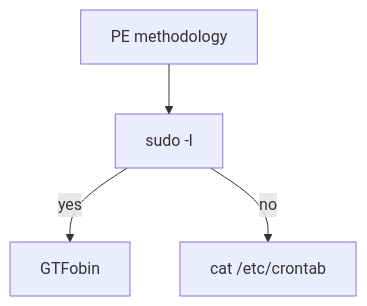
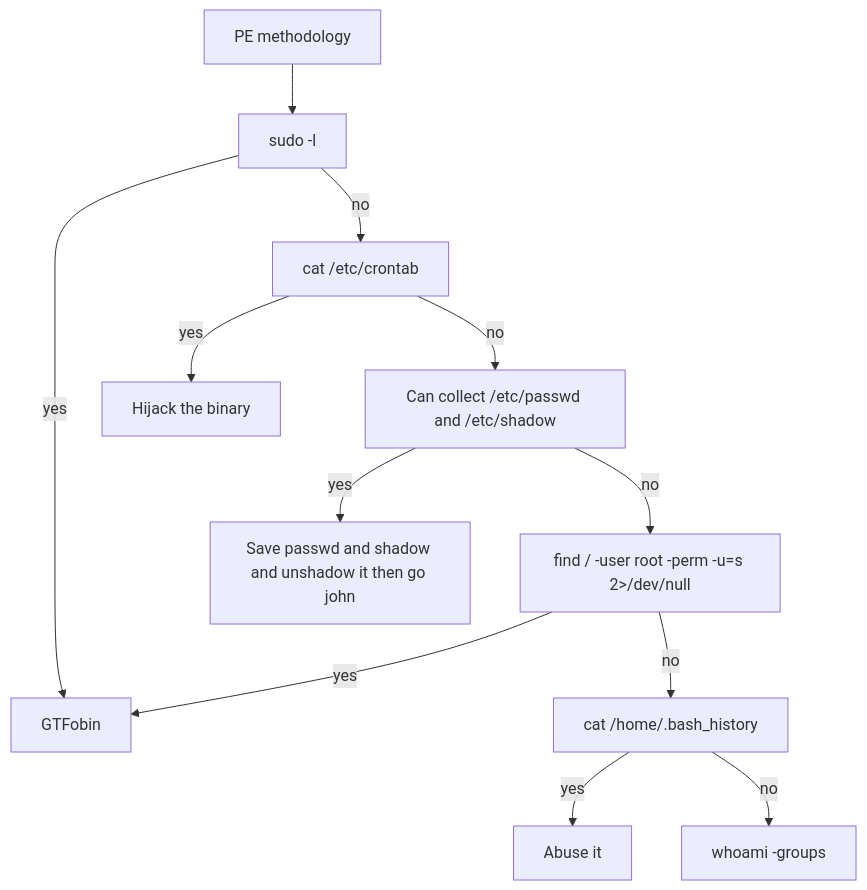
One commit to icesuntisuk/icesuntisuk.github.io changed the diagram in OSCPJourney/README.md. Above: the diagram before and after it, drawn with Mermaid.

````diff
--- a/OSCPJourney/README.md
+++ b/OSCPJourney/README.md
@@ -72,6 +72,14 @@
 ```mermaid
 flowchart TD;
     A[PE methodology] --> B[sudo -l];
     B -- yes --> C[GTFobin]
     B -- no --> D[cat /etc/crontab]
+    D -- yes --> E[Hijack the binary]
+    D -- no --> F[Can collect /etc/passwd and /etc/shadow]
+    F -- yes --> G[Save passwd and shadow and unshadow it then go john]
+    F -- no --> H[find / -user root -perm -u=s 2>/dev/null]
+    H -- yes --> C[GTFobin]
+    H -- no --> I[cat /home/.bash_history]
+    I -- yes --> J[Abuse it]
+    I -- no --> K[whoami -groups]
 ```
````
